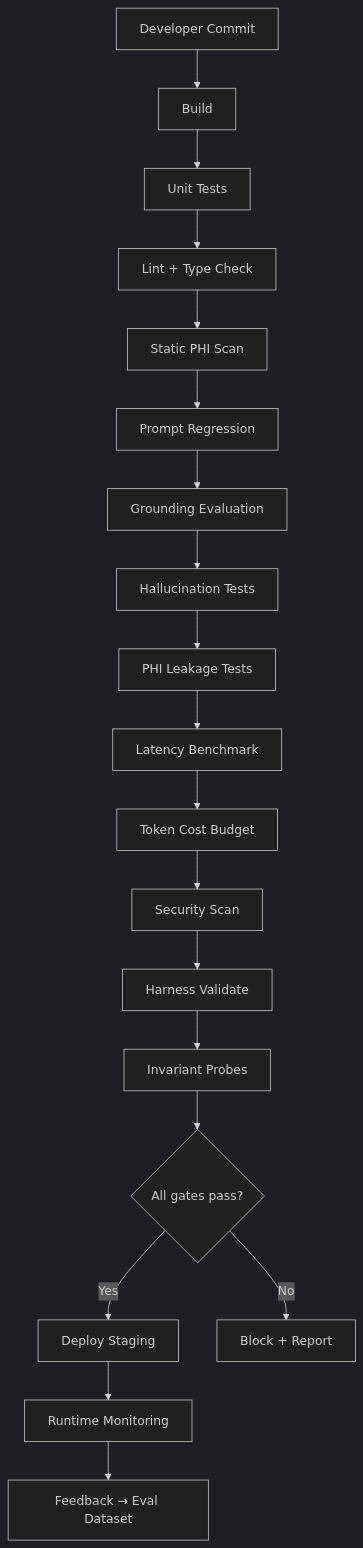
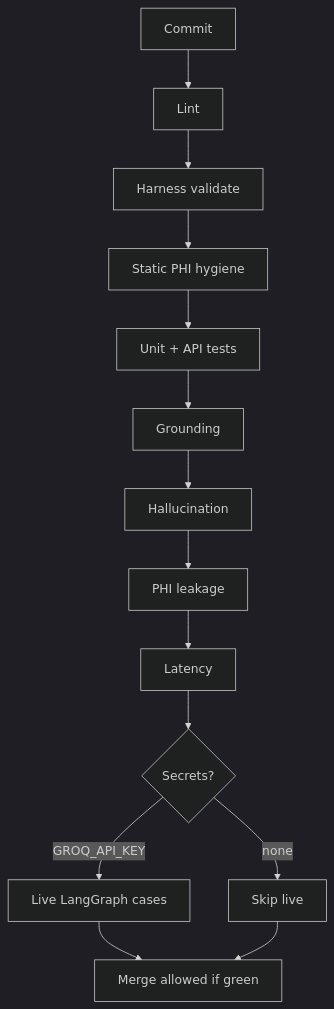
Before and after one commit to leroyjware/agentic-governance: the diagram in docs/AI-SDLC.md, drawn with Mermaid (dark theme). The commit also changed other lines of this file and 45 other files, not shown here.

````diff
--- a/docs/AI-SDLC.md
+++ b/docs/AI-SDLC.md
@@ -9,21 +11,16 @@
 ```mermaid
 flowchart TD
-  A[Developer Commit] --> B[Build]
-  B --> C[Unit Tests]
-  C --> D[Lint + Type Check]
-  D --> E[Static PHI Scan]
-  E --> F[Prompt Regression]
-  F --> G[Grounding Evaluation]
-  G --> H[Hallucination Tests]
-  H --> I[PHI Leakage Tests]
-  I --> J[Latency Benchmark]
-  J --> K[Token Cost Budget]
-  K --> L[Security Scan]
-  L --> M[Harness Validate]
-  M --> N[Invariant Probes]
-  N --> O{All gates pass?}
-  O -->|Yes| P[Deploy Staging]
-  O -->|No| Q[Block + Report]
-  P --> R[Runtime Monitoring]
-  R --> S[Feedback → Eval Dataset]
+  A[Commit] --> B[Lint]
+  B --> C[Harness validate]
+  C --> D[Static PHI hygiene]
+  D --> E[Unit + API tests]
+  E --> F[Grounding]
+  F --> G[Hallucination]
+  G --> H[PHI leakage]
+  H --> I[Latency]
+  I --> J{Secrets?}
+  J -->|GROQ_API_KEY| K[Live LangGraph cases]
+  J -->|none| L[Skip live]
+  K --> M[Merge allowed if green]
+  L --> M
 ```
````
